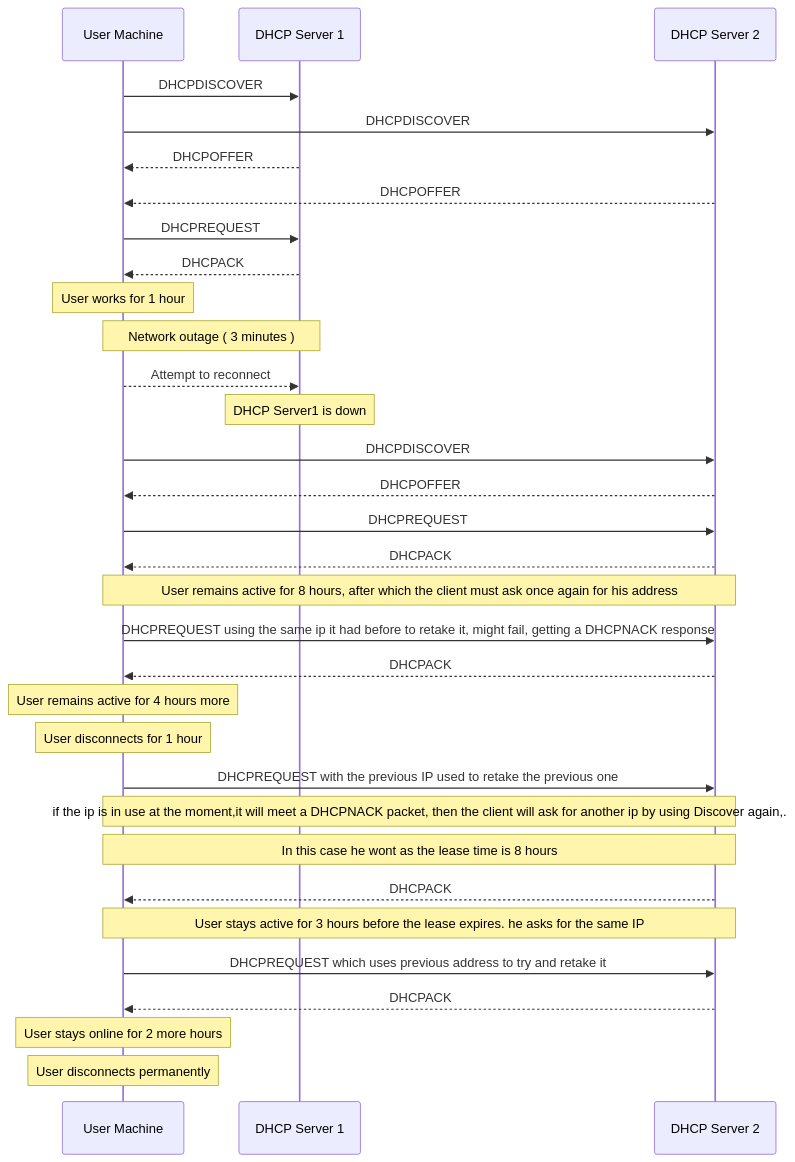
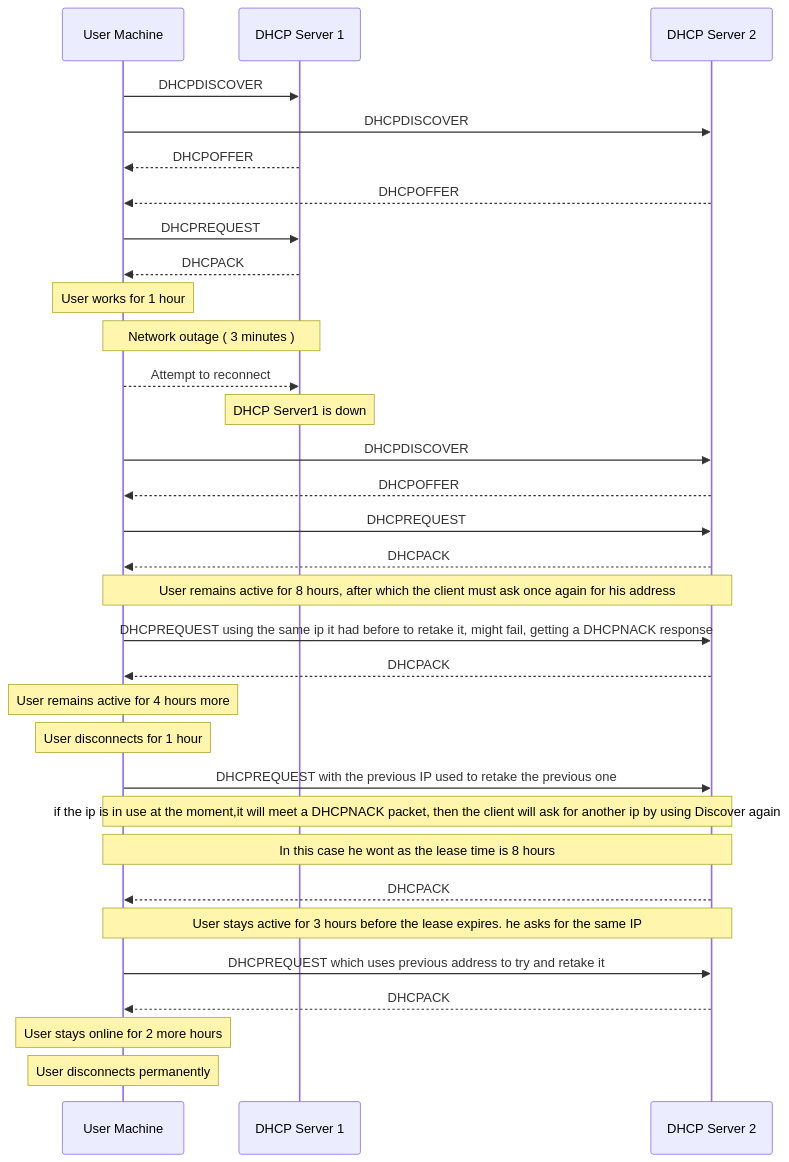
The diagram in README.md (leogamer644/SRI), drawn with Mermaid before and after one commit.

````diff
--- a/README.md
+++ b/README.md
@@ -2,34 +2,34 @@
 ```mermaid
 sequenceDiagram
     participant Client as User Machine
     participant DHCP1 as DHCP Server 1
     participant DHCP2 as DHCP Server 2
     Client ->> DHCP1: DHCPDISCOVER 
     Client ->> DHCP2: DHCPDISCOVER 
     DHCP1 -->> Client: DHCPOFFER 
     DHCP2 -->> Client: DHCPOFFER 
     Client ->> DHCP1: DHCPREQUEST
     DHCP1 -->> Client: DHCPACK
     Note over Client: User works for 1 hour
     Note over Client, DHCP1: Network outage ( 3 minutes )
     Client -->> DHCP1: Attempt to reconnect
     Note over DHCP1: DHCP Server1 is down
     Client ->> DHCP2: DHCPDISCOVER 
     DHCP2 -->> Client: DHCPOFFER 
     Client ->> DHCP2: DHCPREQUEST 
     DHCP2 -->> Client: DHCPACK 
     Note over Client,DHCP2: User remains active for 8 hours, after which the client must ask once again for his address
     Client ->> DHCP2: DHCPREQUEST using the same ip it had before to retake it, might fail, getting a DHCPNACK response
     DHCP2 -->> Client: DHCPACK
     Note over Client: User remains active for 4 hours more
     Note over Client: User disconnects for 1 hour
     Client ->> DHCP2: DHCPREQUEST with the previous IP used to retake the previous one
-    Note over Client,DHCP2:if the ip is in use at the moment,it will meet a DHCPNACK packet, then the client will ask for another ip by using Discover again,.
+    Note over Client,DHCP2:if the ip is in use at the moment,it will meet a DHCPNACK packet, then the client will ask for another ip by using Discover again
     Note over Client,DHCP2: In this case he wont as the lease time is 8 hours
     DHCP2 -->> Client: DHCPACK 
     Note over Client,DHCP2: User stays active for 3 hours before the lease expires. he asks for the same IP
     Client ->> DHCP2: DHCPREQUEST which uses previous address to try and retake it
     DHCP2 -->> Client: DHCPACK
     Note over Client:User stays online for 2 more hours
     Note over Client: User disconnects permanently
 ```
````
